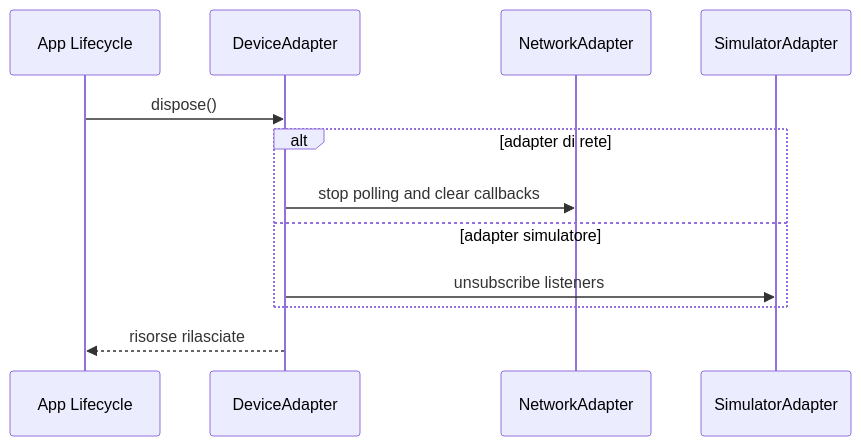
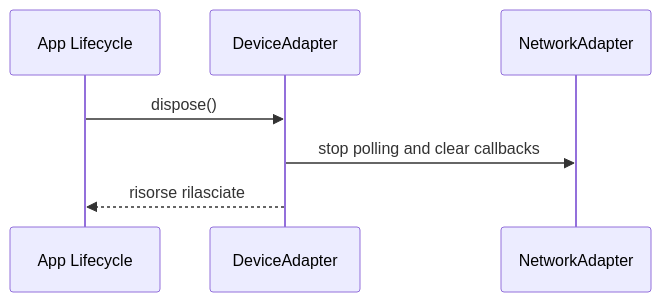
The sixth of 6 diagrams in README.md (mad4j/hmi-demo), drawn with Mermaid before and after one commit. The commit also changed other lines of this file and 6 other files, not shown here.

First line of the commit message:
Remove direct simulator; default to NetworkAdapter

````diff
--- a/README.md
+++ b/README.md
@@ -232,15 +182,10 @@
 ```mermaid
 sequenceDiagram
   participant App as App Lifecycle
   participant Adapter as DeviceAdapter
   participant Net as NetworkAdapter
-  participant Sim as SimulatorAdapter
 
   App->>Adapter: dispose()
-  alt adapter di rete
-    Adapter->>Net: stop polling and clear callbacks
-  else adapter simulatore
-    Adapter->>Sim: unsubscribe listeners
-  end
+  Adapter->>Net: stop polling and clear callbacks
   Adapter-->>App: risorse rilasciate
 ```
````
